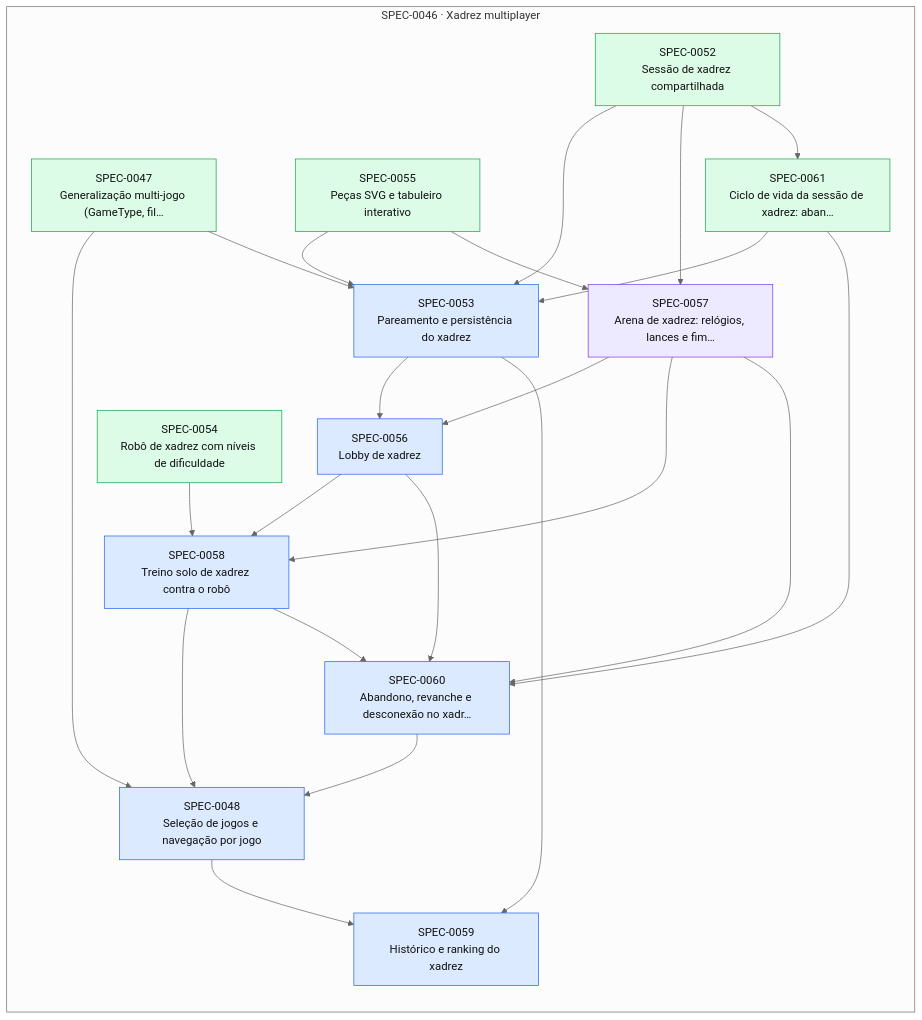
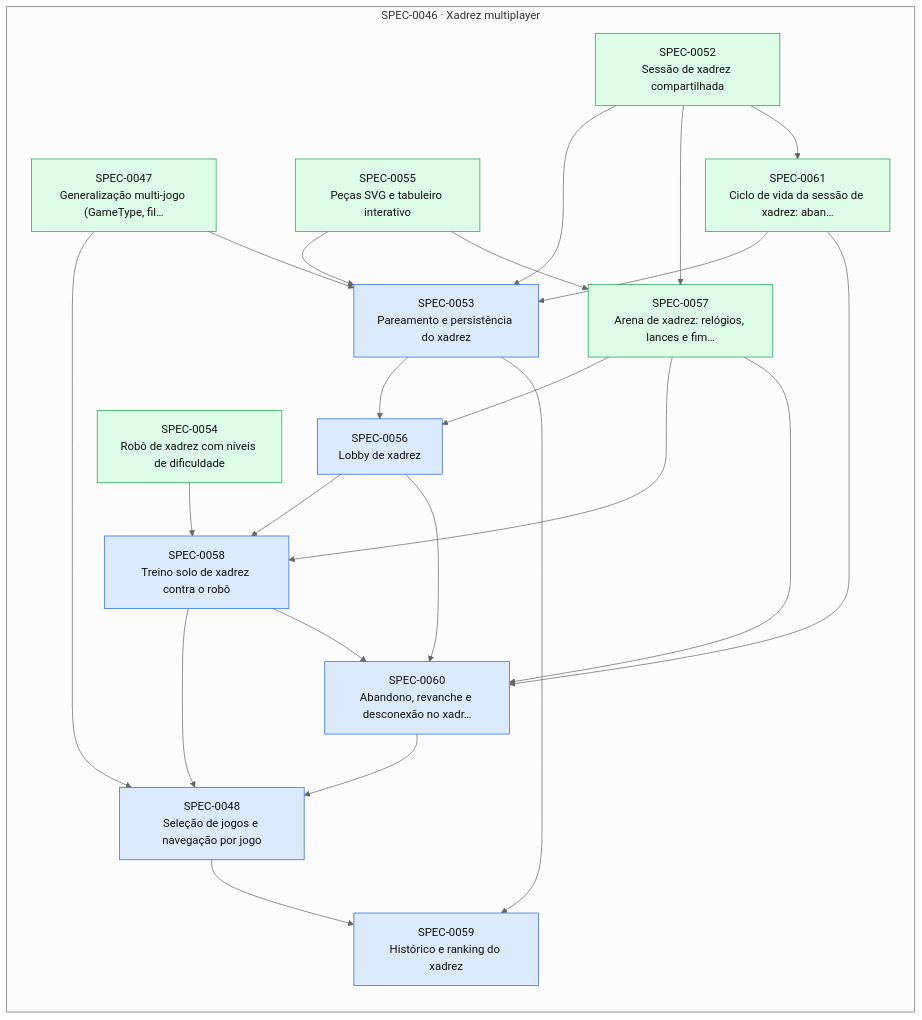
Before and after one commit to thomasravache/jogo-da-velha-multiplayer: the diagram in docs/specs/INDEX.md, drawn with Mermaid (neutral theme). The commit also changed other lines of this file and 2 other files, not shown here.

First line of the commit message:
docs(specs): fechar SPEC-0057 (relatório de entrega e CHANGELOG)

````diff
--- a/docs/specs/INDEX.md
+++ b/docs/specs/INDEX.md
@@ -43,43 +42,43 @@
 ```mermaid
 flowchart LR
   subgraph E0046["SPEC-0046 · Xadrez multiplayer"]
     S0047["SPEC-0047<br/>Generalização multi-jogo (GameType, fil…"]:::implemented
     S0048["SPEC-0048<br/>Seleção de jogos e navegação por jogo"]:::approved
     S0052["SPEC-0052<br/>Sessão de xadrez compartilhada"]:::implemented
     S0053["SPEC-0053<br/>Pareamento e persistência do xadrez"]:::approved
     S0054["SPEC-0054<br/>Robô de xadrez com níveis de dificuldade"]:::implemented
     S0055["SPEC-0055<br/>Peças SVG e tabuleiro interativo"]:::implemented
     S0056["SPEC-0056<br/>Lobby de xadrez"]:::approved
-    S0057["SPEC-0057<br/>Arena de xadrez: relógios, lances e fim…"]:::inprogress
+    S0057["SPEC-0057<br/>Arena de xadrez: relógios, lances e fim…"]:::implemented
     S0058["SPEC-0058<br/>Treino solo de xadrez contra o robô"]:::approved
     S0059["SPEC-0059<br/>Histórico e ranking do xadrez"]:::approved
     S0060["SPEC-0060<br/>Abandono, revanche e desconexão no xadr…"]:::approved
     S0061["SPEC-0061<br/>Ciclo de vida da sessão de xadrez: aban…"]:::implemented
   end
   S0047 --> S0048
   S0058 --> S0048
   S0060 --> S0048
   S0047 --> S0053
   S0052 --> S0053
   S0055 --> S0053
   S0061 --> S0053
   S0053 --> S0056
   S0057 --> S0056
   S0052 --> S0057
   S0055 --> S0057
   S0054 --> S0058
   S0056 --> S0058
   S0057 --> S0058
   S0048 --> S0059
   S0053 --> S0059
   S0056 --> S0060
   S0057 --> S0060
   S0058 --> S0060
   S0061 --> S0060
   S0052 --> S0061
   classDef proposed fill:#fef3c7,stroke:#d97706,color:#111
   classDef approved fill:#dbeafe,stroke:#2563eb,color:#111
   classDef inprogress fill:#ede9fe,stroke:#7c3aed,color:#111
   classDef implemented fill:#dcfce7,stroke:#16a34a,color:#111
   classDef deprecated fill:#f3f4f6,stroke:#9ca3af,color:#6b7280
 ```
````
